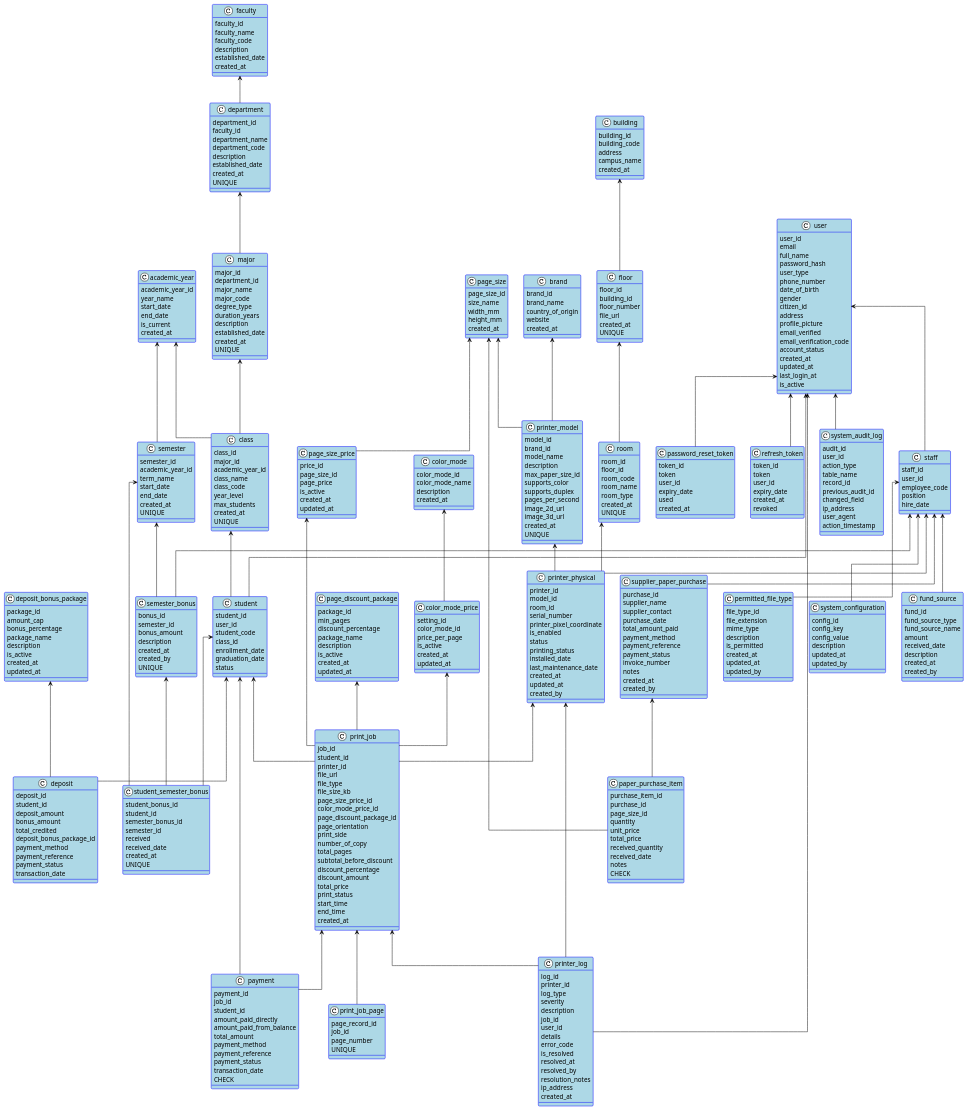
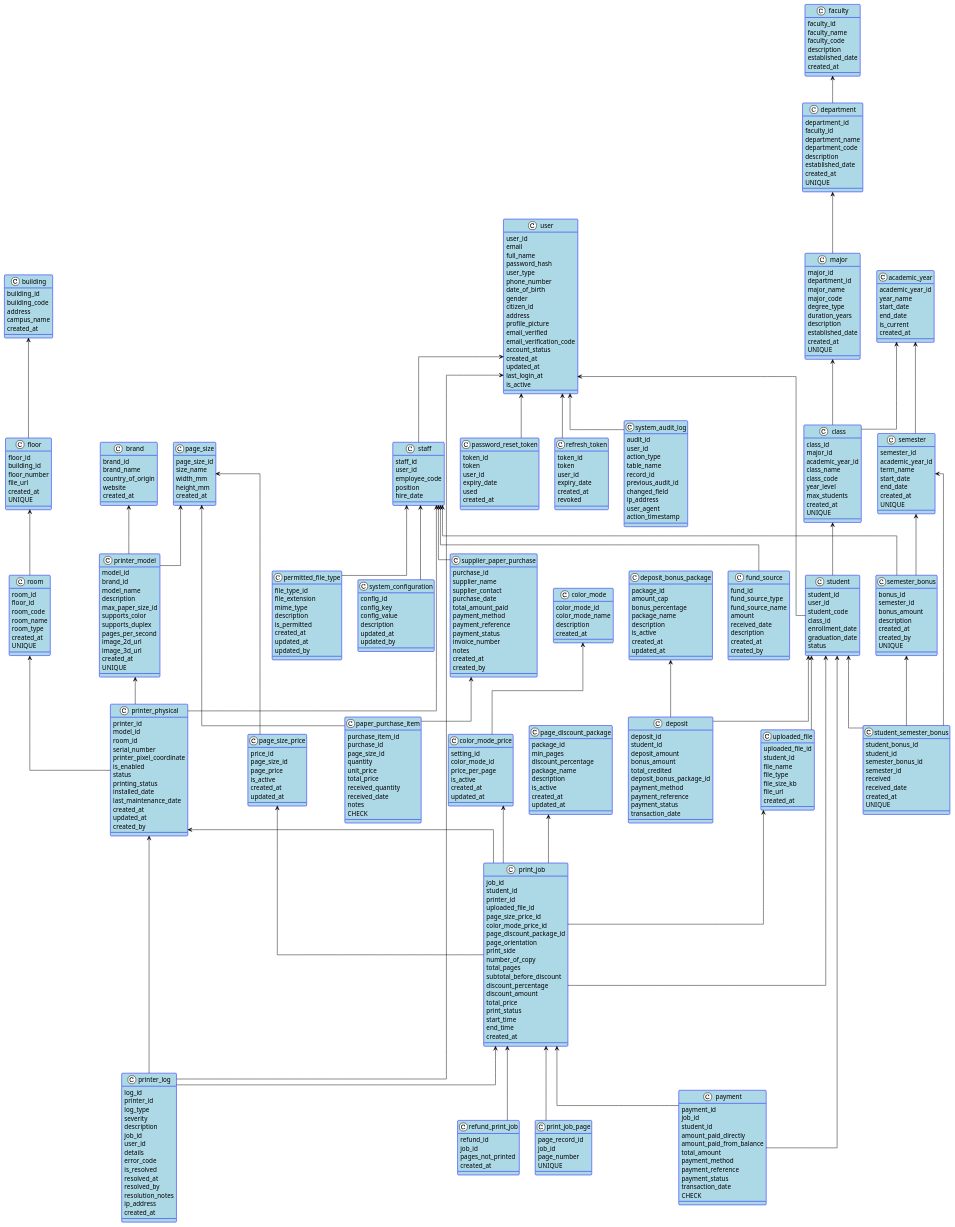
The diagram in visualize/db_diagram.puml (WilliamChristopherAlt/PrintingServiceDB), drawn with PlantUML before and after one commit. The commit also changed 33 other files, not shown here.

```diff
--- a/visualize/db_diagram.puml
+++ b/visualize/db_diagram.puml
@@ -106,6 +106,12 @@
   created_at
   revoked
 }
+class refund_print_job {
+  refund_id
+  job_id
+  pages_not_printed
+  created_at
+}
 class student_semester_bonus {
   student_bonus_id
   student_id
@@ -152,9 +158,7 @@
   job_id
   student_id
   printer_id
-  file_url
-  file_type
-  file_size_kb
+  uploaded_file_id
   page_size_price_id
   color_mode_price_id
   page_discount_package_id
@@ -246,28 +250,17 @@
   created_at
   UNIQUE
 }
-class student {
+class uploaded_file {
+  uploaded_file_id
   student_id
-  user_id
-  student_code
-  class_id
-  enrollment_date
-  graduation_date
-  status
+  file_name
+  file_type
+  file_size_kb
+  file_url
+  created_at
 }
 
 ' Level 3 tables
-class "class" {
-  class_id
-  major_id
-  academic_year_id
-  class_name
-  class_code
-  year_level
-  max_students
-  created_at
-  UNIQUE
-}
 class color_mode {
   color_mode_id
   color_mode_name
@@ -304,16 +297,17 @@
   position
   hire_date
 }
+class student {
+  student_id
+  user_id
+  student_code
+  class_id
+  enrollment_date
+  graduation_date
+  status
+}
 
 ' Level 4 tables
-class academic_year {
-  academic_year_id
-  year_name
-  start_date
-  end_date
-  is_current
-  created_at
-}
 class brand {
   brand_id
   brand_name
@@ -321,23 +315,22 @@
   website
   created_at
 }
+class "class" {
+  class_id
+  major_id
+  academic_year_id
+  class_name
+  class_code
+  year_level
+  max_students
+  created_at
+  UNIQUE
+}
 class floor {
   floor_id
   building_id
   floor_number
   file_url
-  created_at
-  UNIQUE
-}
-class major {
-  major_id
-  department_id
-  major_name
-  major_code
-  degree_type
-  duration_years
-  description
-  established_date
   created_at
   UNIQUE
 }
@@ -370,6 +363,14 @@
 }
 
 ' Level 5 tables
+class academic_year {
+  academic_year_id
+  year_name
+  start_date
+  end_date
+  is_current
+  created_at
+}
 class building {
   building_id
   building_code
@@ -377,6 +378,20 @@
   campus_name
   created_at
 }
+class major {
+  major_id
+  department_id
+  major_name
+  major_code
+  degree_type
+  duration_years
+  description
+  established_date
+  created_at
+  UNIQUE
+}
+
+' Level 6 tables
 class department {
   department_id
   faculty_id
@@ -388,7 +403,7 @@
   UNIQUE
 }
 
-' Level 6 tables
+' Level 7 tables
 class faculty {
   faculty_id
   faculty_name
@@ -429,11 +444,14 @@
 page_size <-- paper_purchase_item
 staff <-- system_configuration
 staff <-- permitted_file_type
+student <-- uploaded_file
 student <-- print_job
 printer_physical <-- print_job
+uploaded_file <-- print_job
 page_size_price <-- print_job
 color_mode_price <-- print_job
 page_discount_package <-- print_job
+print_job <-- refund_print_job
 print_job <-- print_job_page
 print_job <-- payment
 student <-- payment
```
